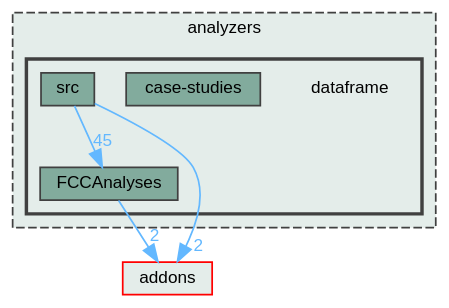
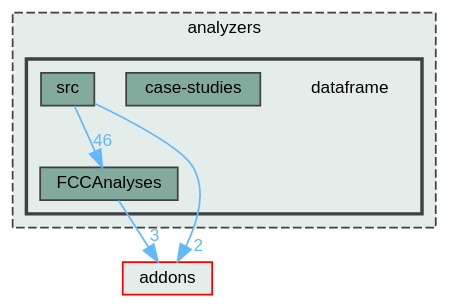
Before and after one commit to FCC-LLP/FCCAnalyses: the diagram in doc/latest/dir_80d0d0eb77b8b32422d353741e959c30_dep.dot, drawn with Graphviz. The commit also changed 58 other files, not shown here.

```diff
--- a/doc/latest/dir_80d0d0eb77b8b32422d353741e959c30_dep.dot
+++ b/doc/latest/dir_80d0d0eb77b8b32422d353741e959c30_dep.dot
@@ -1,22 +1,22 @@
 digraph "analyzers/dataframe"
 {
  // LATEX_PDF_SIZE
   bgcolor="transparent";
   edge [fontname=Helvetica,fontsize=10,labelfontname=Helvetica,labelfontsize=10];
   node [fontname=Helvetica,fontsize=10,shape=box,height=0.2,width=0.4];
   compound=true
   subgraph clusterdir_3d03528d2400acc3fc02bc2b11bada0c {
     graph [ bgcolor="#e4edea", pencolor="grey25", label="analyzers", fontname=Helvetica,fontsize=10 style="filled,dashed", URL="dir_3d03528d2400acc3fc02bc2b11bada0c.html",tooltip=""]
   subgraph clusterdir_80d0d0eb77b8b32422d353741e959c30 {
     graph [ bgcolor="#e4edea", pencolor="grey25", label="", fontname=Helvetica,fontsize=10 style="filled,bold", URL="dir_80d0d0eb77b8b32422d353741e959c30.html",tooltip=""]
     dir_80d0d0eb77b8b32422d353741e959c30 [shape=plaintext, label="dataframe"];
   dir_b69ebb5fe77e2572b7058b30dd2caaff [label="case-studies", fillcolor="#82ab9d", color="grey25", style="filled", URL="dir_b69ebb5fe77e2572b7058b30dd2caaff.html",tooltip=""];
   dir_cb7b6eb9215e3f84f34d01fe0347dc1b [label="FCCAnalyses", fillcolor="#82ab9d", color="grey25", style="filled", URL="dir_cb7b6eb9215e3f84f34d01fe0347dc1b.html",tooltip=""];
   dir_6e0068be5112e865040d7f78ac9f7679 [label="src", fillcolor="#82ab9d", color="grey25", style="filled", URL="dir_6e0068be5112e865040d7f78ac9f7679.html",tooltip=""];
   }
   }
   dir_1233bc0a3e869c10318208e4553a4fcb [label="addons", fillcolor="#e4edea", color="red", style="filled", URL="dir_1233bc0a3e869c10318208e4553a4fcb.html",tooltip=""];
-  dir_cb7b6eb9215e3f84f34d01fe0347dc1b->dir_1233bc0a3e869c10318208e4553a4fcb [headlabel="2", labeldistance=1.5 headhref="dir_000006_000000.html" href="dir_000006_000000.html" color="steelblue1" fontcolor="steelblue1"];
+  dir_cb7b6eb9215e3f84f34d01fe0347dc1b->dir_1233bc0a3e869c10318208e4553a4fcb [headlabel="3", labeldistance=1.5 headhref="dir_000006_000000.html" href="dir_000006_000000.html" color="steelblue1" fontcolor="steelblue1"];
   dir_6e0068be5112e865040d7f78ac9f7679->dir_1233bc0a3e869c10318208e4553a4fcb [headlabel="2", labeldistance=1.5 headhref="dir_000016_000000.html" href="dir_000016_000000.html" color="steelblue1" fontcolor="steelblue1"];
-  dir_6e0068be5112e865040d7f78ac9f7679->dir_cb7b6eb9215e3f84f34d01fe0347dc1b [headlabel="45", labeldistance=1.5 headhref="dir_000016_000006.html" href="dir_000016_000006.html" color="steelblue1" fontcolor="steelblue1"];
+  dir_6e0068be5112e865040d7f78ac9f7679->dir_cb7b6eb9215e3f84f34d01fe0347dc1b [headlabel="46", labeldistance=1.5 headhref="dir_000016_000006.html" href="dir_000016_000006.html" color="steelblue1" fontcolor="steelblue1"];
 }
```
